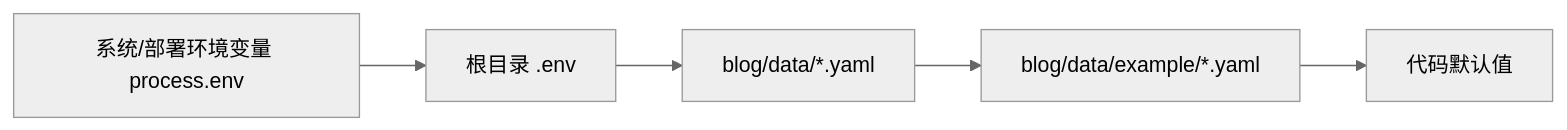
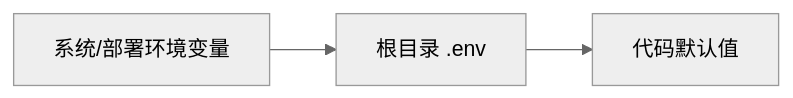
One commit to lidoxu/XGblog changed the first of 2 diagrams in README.md. Above: the diagram before and after it, drawn with Mermaid (neutral theme). The commit also changed other lines of this file and 36 other files, not shown here.

````diff
--- a/README.md
+++ b/README.md
@@ -54,7 +33,5 @@
 ```mermaid
 flowchart LR
-  A["系统/部署环境变量 process.env"] --> B["根目录 .env"]
-  B --> C["blog/data/*.yaml"]
-  C --> D["blog/data/example/*.yaml"]
-  D --> E["代码默认值"]
+  A["系统/部署环境变量"] --> B["根目录 .env"]
+  B --> C["代码默认值"]
 ```
````
